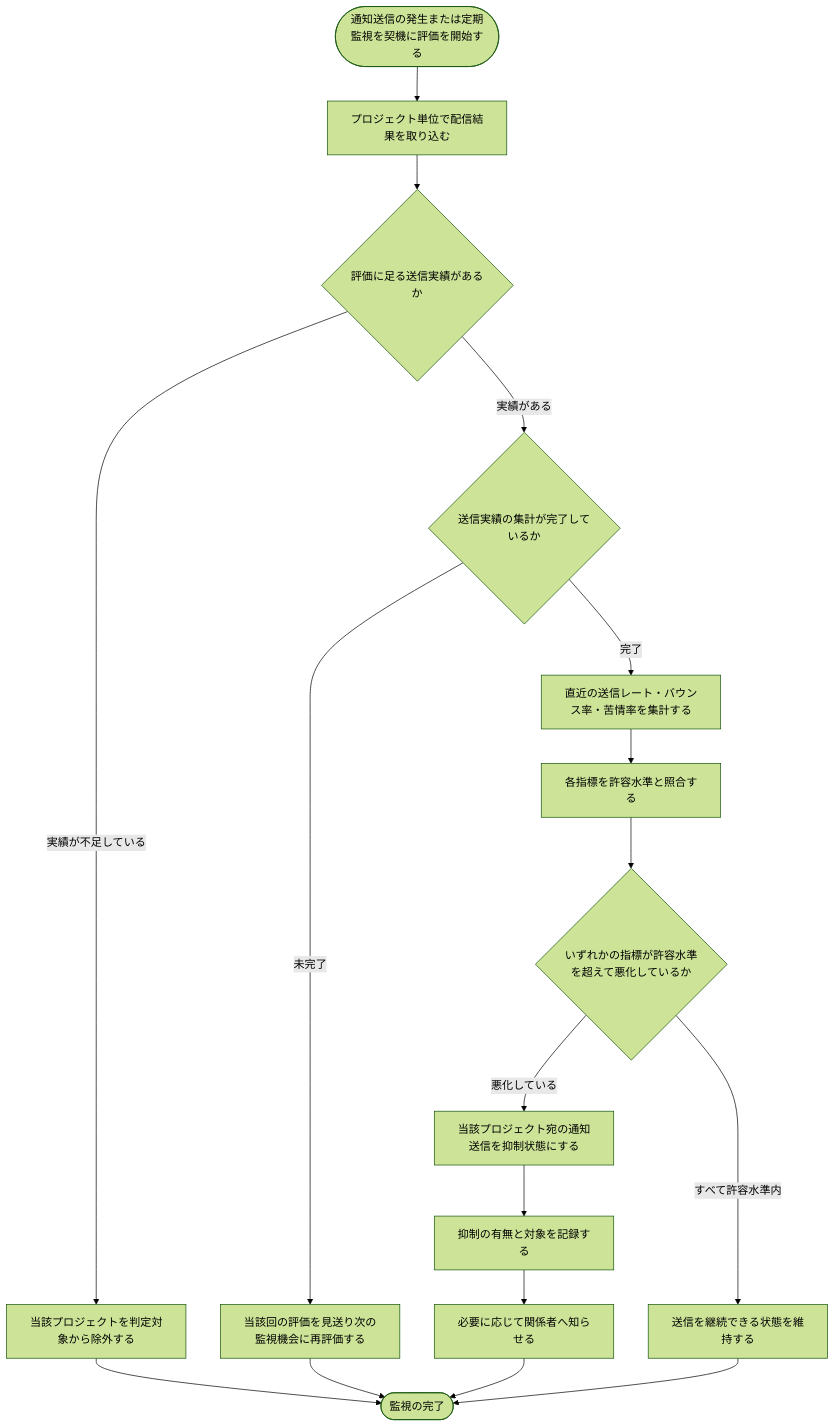
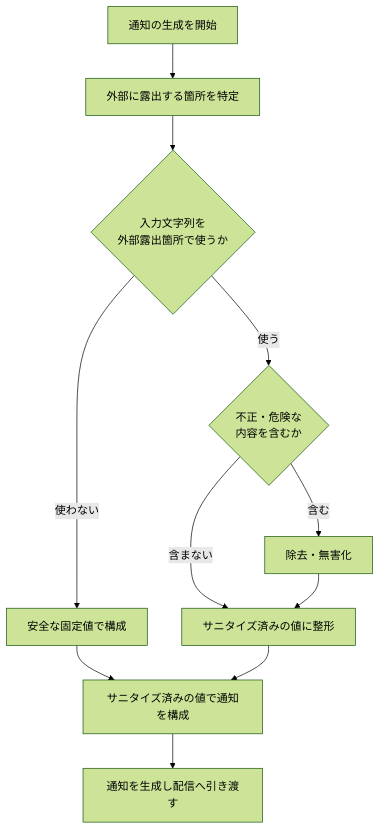
The diagram in 02_basic_design/02_backend/01_system/SYS-009.md (sikakou54/open-faq), drawn with Mermaid (forest theme) before and after one commit. The commit also changed other lines of this file and 395 other files, not shown here.

````diff
--- a/02_basic_design/02_backend/01_system/SYS-009.md
+++ b/02_basic_design/02_backend/01_system/SYS-009.md
@@ -29,19 +34,13 @@
 ```mermaid
 flowchart TB
-  A([通知送信の発生または定期監視を契機に評価を開始する]) --> B[プロジェクト単位で配信結果を取り込む]
-  B --> C{評価に足る送信実績があるか}
-  C -->|実績が不足している| D[当該プロジェクトを判定対象から除外する]
-  C -->|実績がある| E{送信実績の集計が完了しているか}
-  E -->|未完了| F[当該回の評価を見送り次の監視機会に再評価する]
-  E -->|完了| G[直近の送信レート・バウンス率・苦情率を集計する]
-  G --> H[各指標を許容水準と照合する]
-  H --> I{いずれかの指標が許容水準を超えて悪化しているか}
-  I -->|悪化している| J[当該プロジェクト宛の通知送信を抑制状態にする]
-  J --> K[抑制の有無と対象を記録する]
-  K --> L[必要に応じて関係者へ知らせる]
-  I -->|すべて許容水準内| M[送信を継続できる状態を維持する]
-  D --> N([監視の完了])
-  F --> N
-  L --> N
-  M --> N
+  A[通知の生成を開始] --> B[外部に露出する箇所を特定]
+  B --> C{入力文字列を<br/>外部露出箇所で使うか}
+  C -- 使わない --> D[安全な固定値で構成]
+  C -- 使う --> E{不正・危険な<br/>内容を含むか}
+  E -- 含む --> F[除去・無害化]
+  E -- 含まない --> G[サニタイズ済みの値に整形]
+  F --> G
+  D --> H[サニタイズ済みの値で通知を構成]
+  G --> H
+  H --> I[通知を生成し配信へ引き渡す]
 ```
````
